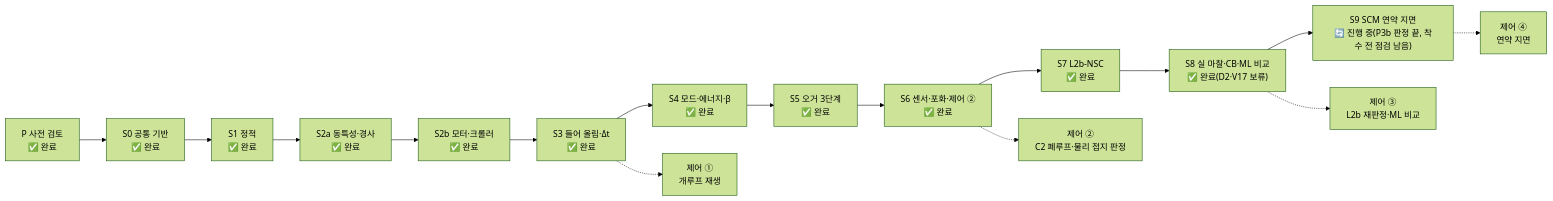
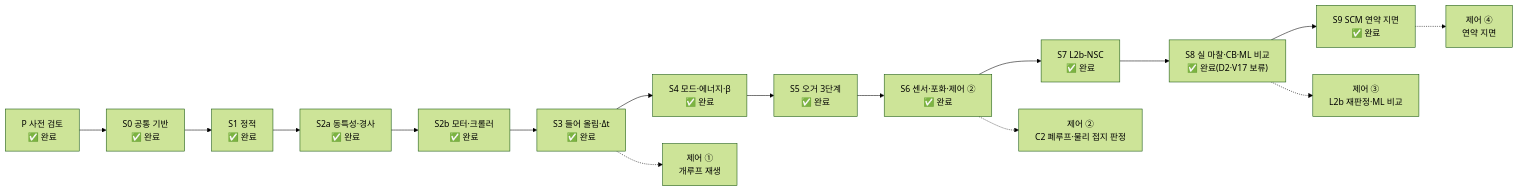
One commit to jinbeomjeong/outrigger_control changed the diagram in 00_docs/00_roadmap.md. Above: the diagram before and after it, drawn with Mermaid (forest theme). The commit also changed other lines of this file and 22 other files, not shown here.

````diff
--- a/00_docs/00_roadmap.md
+++ b/00_docs/00_roadmap.md
@@ -20,10 +20,10 @@
 ```mermaid
 flowchart LR
     P["P 사전 검토<br/>✅ 완료"] --> S0["S0 공통 기반<br/>✅ 완료"]
     S0 --> S1["S1 정적<br/>✅ 완료"] --> S2a["S2a 동특성·경사<br/>✅ 완료"] --> S2b["S2b 모터·크롤러<br/>✅ 완료"] --> S3["S3 들어 올림·Δt<br/>✅ 완료"] --> S4["S4 모드·에너지·β<br/>✅ 완료"] --> S5["S5 오거 3단계<br/>✅ 완료"] --> S6["S6 센서·포화·제어 ②<br/>✅ 완료"]
-    S6 --> S7["S7 L2b-NSC<br/>✅ 완료"] --> S8["S8 실 마찰·CB·ML 비교<br/>✅ 완료(D2·V17 보류)"] --> S9["S9 SCM 연약 지면<br/>🔄 진행 중(P3b 판정 끝, 착수 전 점검 남음)"]
+    S6 --> S7["S7 L2b-NSC<br/>✅ 완료"] --> S8["S8 실 마찰·CB·ML 비교<br/>✅ 완료(D2·V17 보류)"] --> S9["S9 SCM 연약 지면<br/>✅ 완료"]
     S3 -.-> C1["제어 ①<br/>개루프 재생"]
     S6 -.-> C2["제어 ②<br/>C2 폐루프·물리 접지 판정"]
     S8 -.-> C3["제어 ③<br/>L2b 재판정·ML 비교"]
     S9 -.-> C4["제어 ④<br/>연약 지면"]
 ```
````
